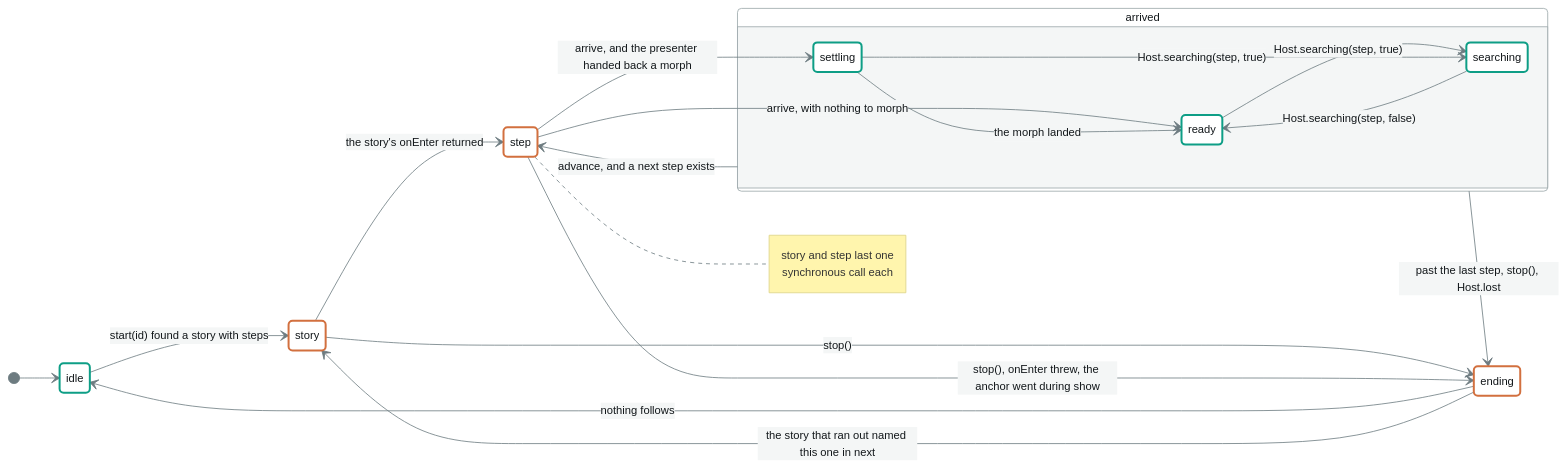
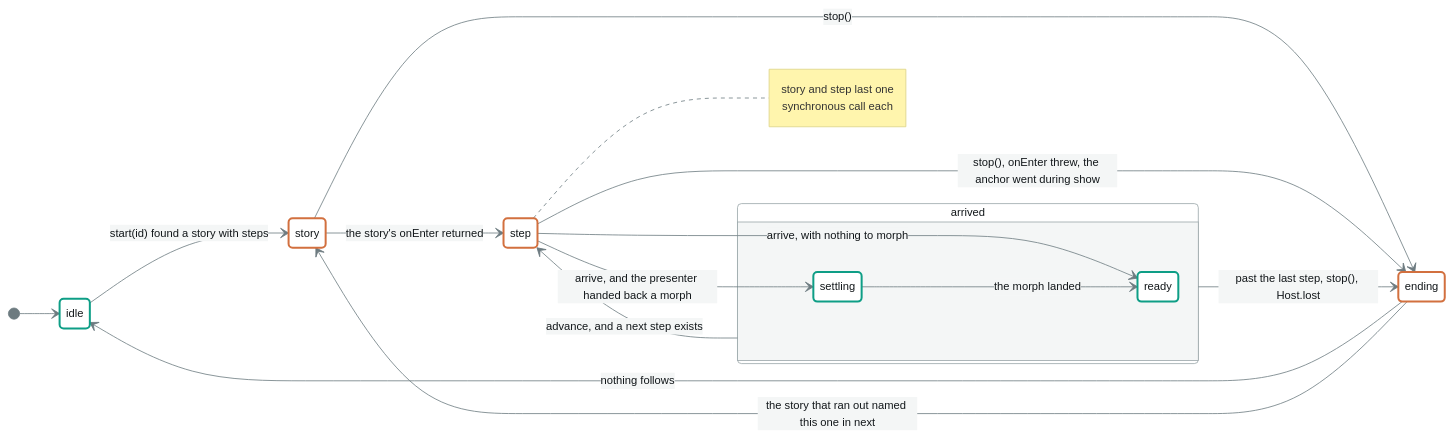
Before and after one commit to annetaan/leko: the first of 2 diagrams in packages/machine/model/phases.md, drawn with Mermaid. The commit also changed other lines of this file and 42 other files, not shown here.

````diff
--- a/packages/machine/model/phases.md
+++ b/packages/machine/model/phases.md
@@ -38,38 +38,35 @@
 ```mermaid
 %%{init: {'theme':'base','themeVariables':{'background':'#F4F6F6','primaryColor':'#FFFFFF','primaryTextColor':'#12171A','primaryBorderColor':'#9AA6A9','lineColor':'#6D7B80','textColor':'#12171A','edgeLabelBackground':'#F4F6F6','tertiaryColor':'#E9EDED','tertiaryTextColor':'#12171A','fontSize':'14px'}}}%%
 stateDiagram-v2
   direction LR
 
   [*] --> idle
   idle --> story : start(id) found a story with steps
 
   story --> step : the story's onEnter returned
 
   step --> ready : arrive, with nothing to morph
   step --> settling : arrive, and the presenter handed back a morph
 
   state arrived {
     settling --> ready : the morph landed
-    ready --> searching : Host.searching(step, true)
-    settling --> searching : Host.searching(step, true)
-    searching --> ready : Host.searching(step, false)
   }
 
   arrived --> step : advance, and a next step exists
   arrived --> ending : past the last step, stop(), Host.lost
   story --> ending : stop()
   step --> ending : stop(), onEnter threw, the anchor went during show
   note right of step
     story and step last one
     synchronous call each
   end note
 
   ending --> idle : nothing follows
   ending --> story : the story that ran out named this one in next
 
   classDef open stroke:#0E9E86,stroke-width:2.5px
   classDef shut stroke:#D2703F,stroke-width:2.5px
 
-  class idle,ready,settling,searching open
+  class idle,ready,settling open
   class story,step,ending shut
 ```
````
